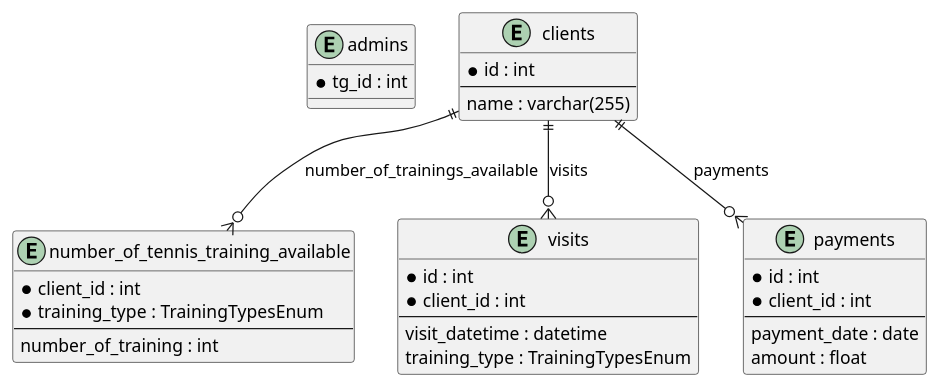
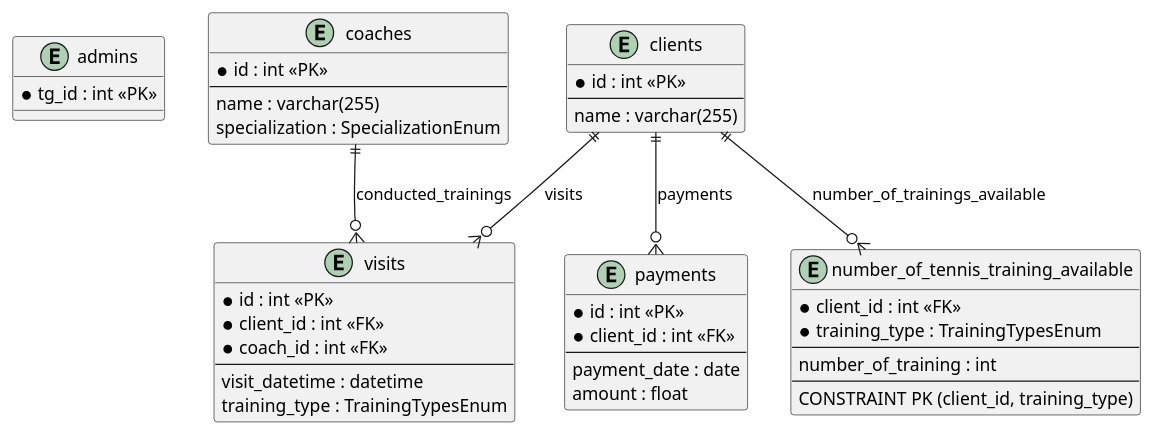
One commit to OverPotter/tennis_accounting_for_payments changed the diagram in docs/erd.puml. Above: the diagram before and after it, drawn with PlantUML. The commit also changed 56 other files, not shown here.

```diff
--- a/docs/erd.puml
+++ b/docs/erd.puml
@@ -1,40 +1,51 @@
 @startuml
 
 entity "admins" {
-    *tg_id : int
+    *tg_id : int <<PK>>
 }
 
 entity "clients" as users {
-    *id : int
+    *id : int <<PK>>
     --
     name : varchar(255)
 }
 
+entity "coaches" {
+    *id : int <<PK>>
+    --
+    name : varchar(255)
+    specialization : SpecializationEnum
+}
+
 entity "number_of_tennis_training_available" as tennis_balances {
-    *client_id : int
+    *client_id : int <<FK>>
     *training_type : TrainingTypesEnum
     --
     number_of_training : int
+    --
+    CONSTRAINT PK (client_id, training_type)
 }
 
 entity "visits" as visits {
-    *id : int
-    *client_id : int
+    *id : int <<PK>>
+    *client_id : int <<FK>>
+    *coach_id : int <<FK>>
     --
     visit_datetime : datetime
     training_type : TrainingTypesEnum
 }
 
 entity "payments" as payments {
-    *id : int
-    *client_id : int
+    *id : int <<PK>>
+    *client_id : int <<FK>>
     --
     payment_date : date
     amount : float
 }
 
 users ||--o{ tennis_balances : "number_of_trainings_available"
 users ||--o{ visits : "visits"
 users ||--o{ payments : "payments"
+coaches ||--o{ visits : "conducted_trainings"
 
 @enduml
```
